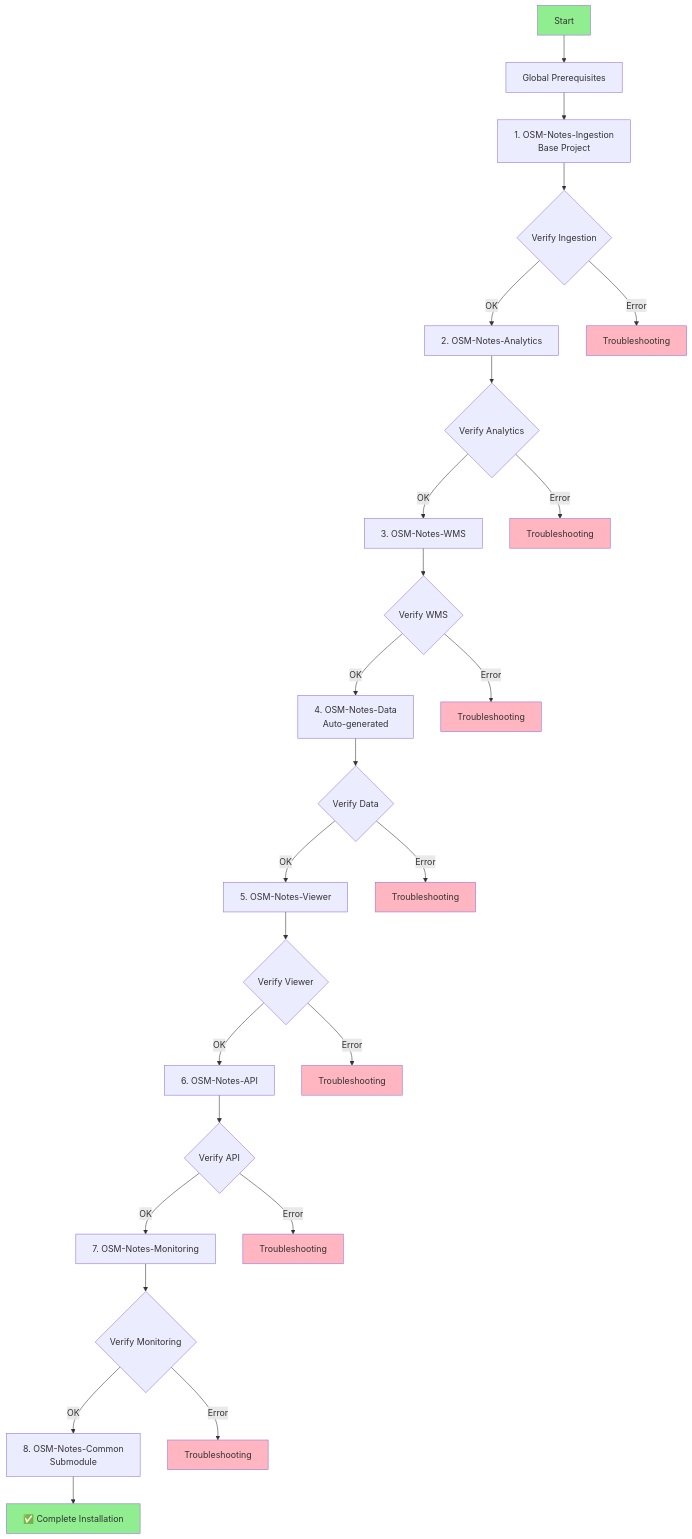
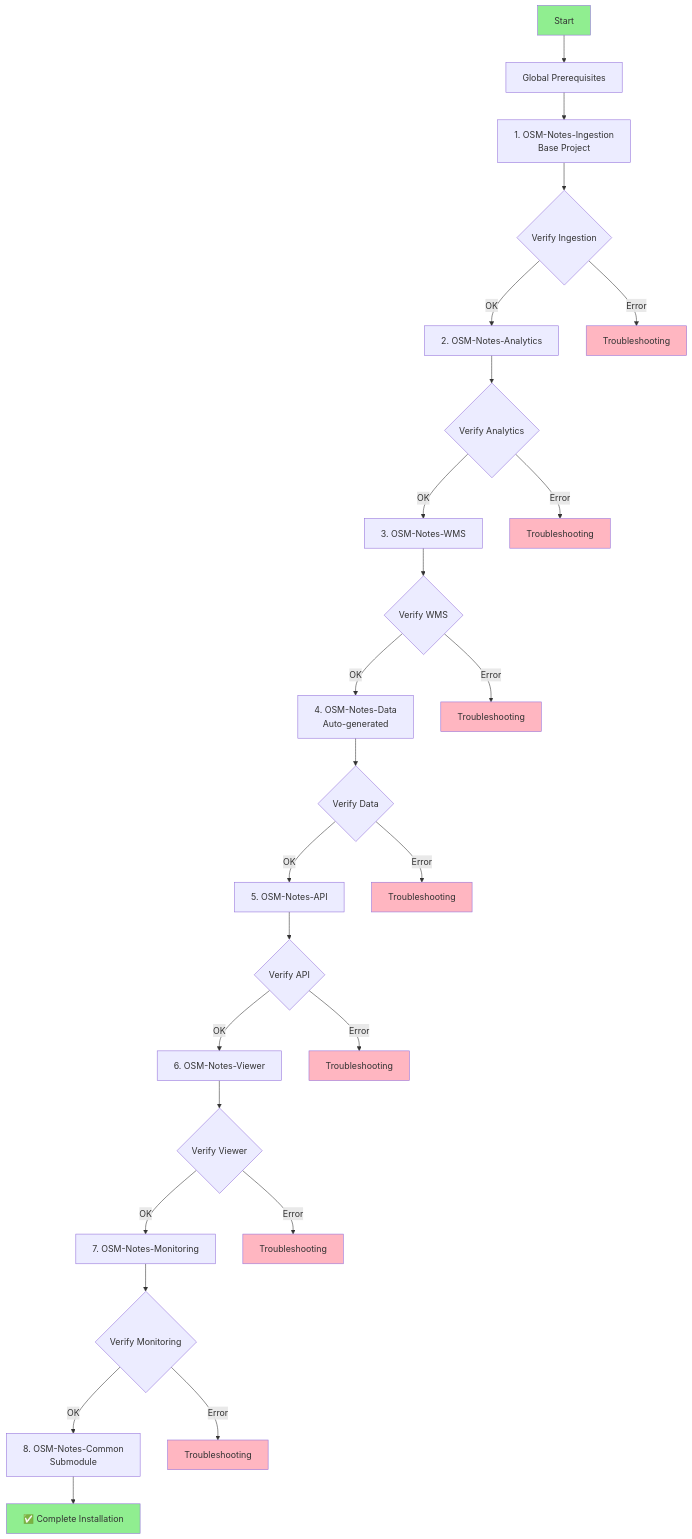
The diagram in docs/INSTALLATION.md (OSMLatam/OSM-Notes-Common), drawn with Mermaid before and after one commit. The commit also changed other lines of this file and 1 other file, not shown here.

First line of the commit message:
Update installation and decision guide documentation for OSM Notes

````diff
--- a/docs/INSTALLATION.md
+++ b/docs/INSTALLATION.md
@@ -71,37 +71,37 @@
 ```mermaid
 flowchart TD
     START[Start] --> PREREQ[Global Prerequisites]
     PREREQ --> INGESTION[1. OSM-Notes-Ingestion<br/>Base Project]
     INGESTION --> VERIFY1{Verify Ingestion}
     VERIFY1 -->|OK| ANALYTICS[2. OSM-Notes-Analytics]
     VERIFY1 -->|Error| TROUBLESHOOT1[Troubleshooting]
     ANALYTICS --> VERIFY2{Verify Analytics}
     VERIFY2 -->|OK| WMS[3. OSM-Notes-WMS]
     VERIFY2 -->|Error| TROUBLESHOOT2[Troubleshooting]
     WMS --> VERIFY3{Verify WMS}
     VERIFY3 -->|OK| DATA[4. OSM-Notes-Data<br/>Auto-generated]
     VERIFY3 -->|Error| TROUBLESHOOT3[Troubleshooting]
     DATA --> VERIFY4{Verify Data}
-    VERIFY4 -->|OK| VIEWER[5. OSM-Notes-Viewer]
+    VERIFY4 -->|OK| API[5. OSM-Notes-API]
     VERIFY4 -->|Error| TROUBLESHOOT4[Troubleshooting]
-    VIEWER --> VERIFY5{Verify Viewer}
-    VERIFY5 -->|OK| API[6. OSM-Notes-API]
+    API --> VERIFY5{Verify API}
+    VERIFY5 -->|OK| VIEWER[6. OSM-Notes-Viewer]
     VERIFY5 -->|Error| TROUBLESHOOT5[Troubleshooting]
-    API --> VERIFY6{Verify API}
+    VIEWER --> VERIFY6{Verify Viewer}
     VERIFY6 -->|OK| MONITORING[7. OSM-Notes-Monitoring]
     VERIFY6 -->|Error| TROUBLESHOOT6[Troubleshooting]
     MONITORING --> VERIFY7{Verify Monitoring}
     VERIFY7 -->|OK| COMMON[8. OSM-Notes-Common<br/>Submodule]
     VERIFY7 -->|Error| TROUBLESHOOT7[Troubleshooting]
     COMMON --> DONE[✅ Complete Installation]
     
     style START fill:#90EE90
     style DONE fill:#90EE90
     style TROUBLESHOOT1 fill:#FFB6C1
     style TROUBLESHOOT2 fill:#FFB6C1
     style TROUBLESHOOT3 fill:#FFB6C1
     style TROUBLESHOOT4 fill:#FFB6C1
     style TROUBLESHOOT5 fill:#FFB6C1
     style TROUBLESHOOT6 fill:#FFB6C1
     style TROUBLESHOOT7 fill:#FFB6C1
 ```
````
